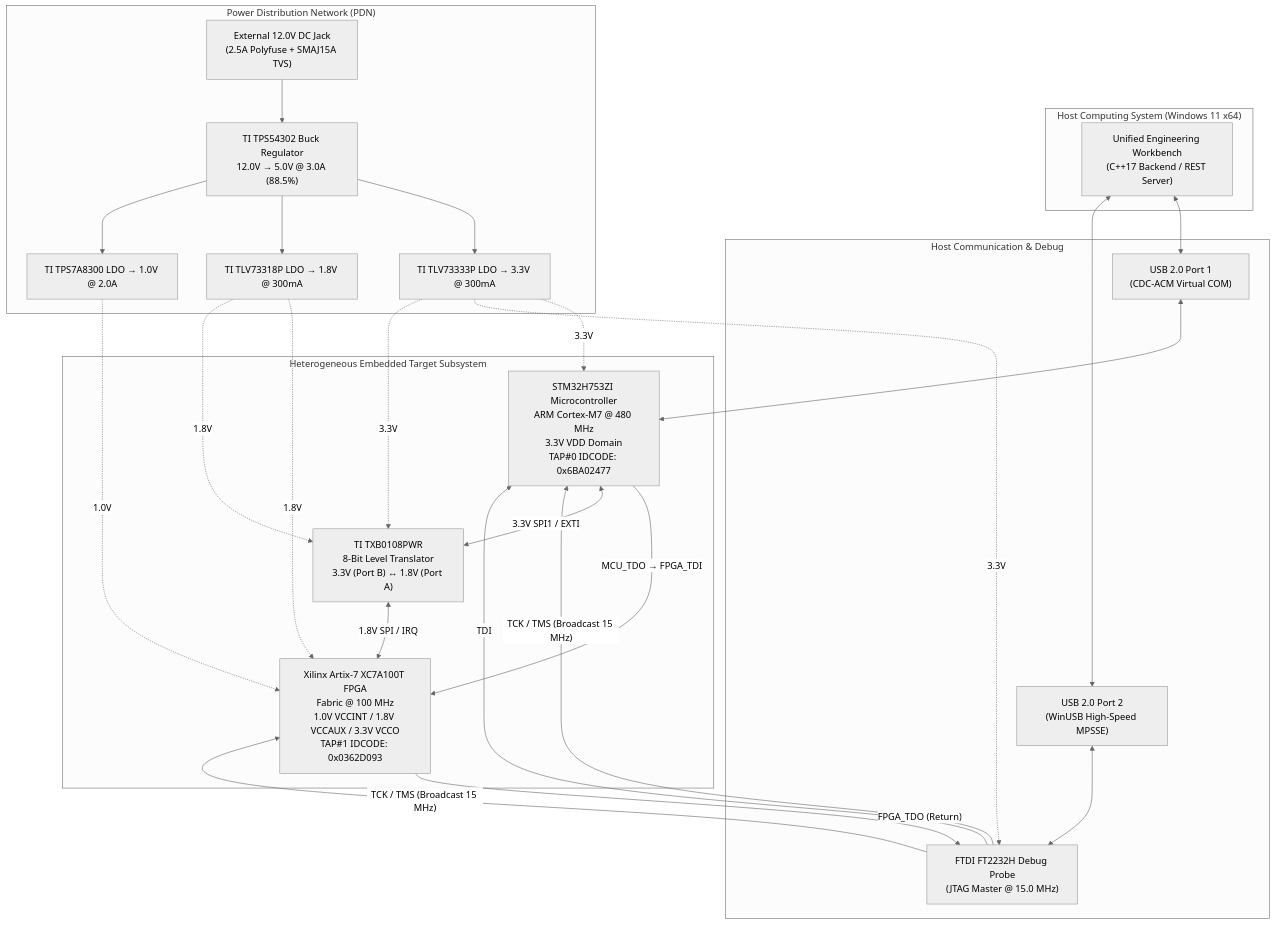
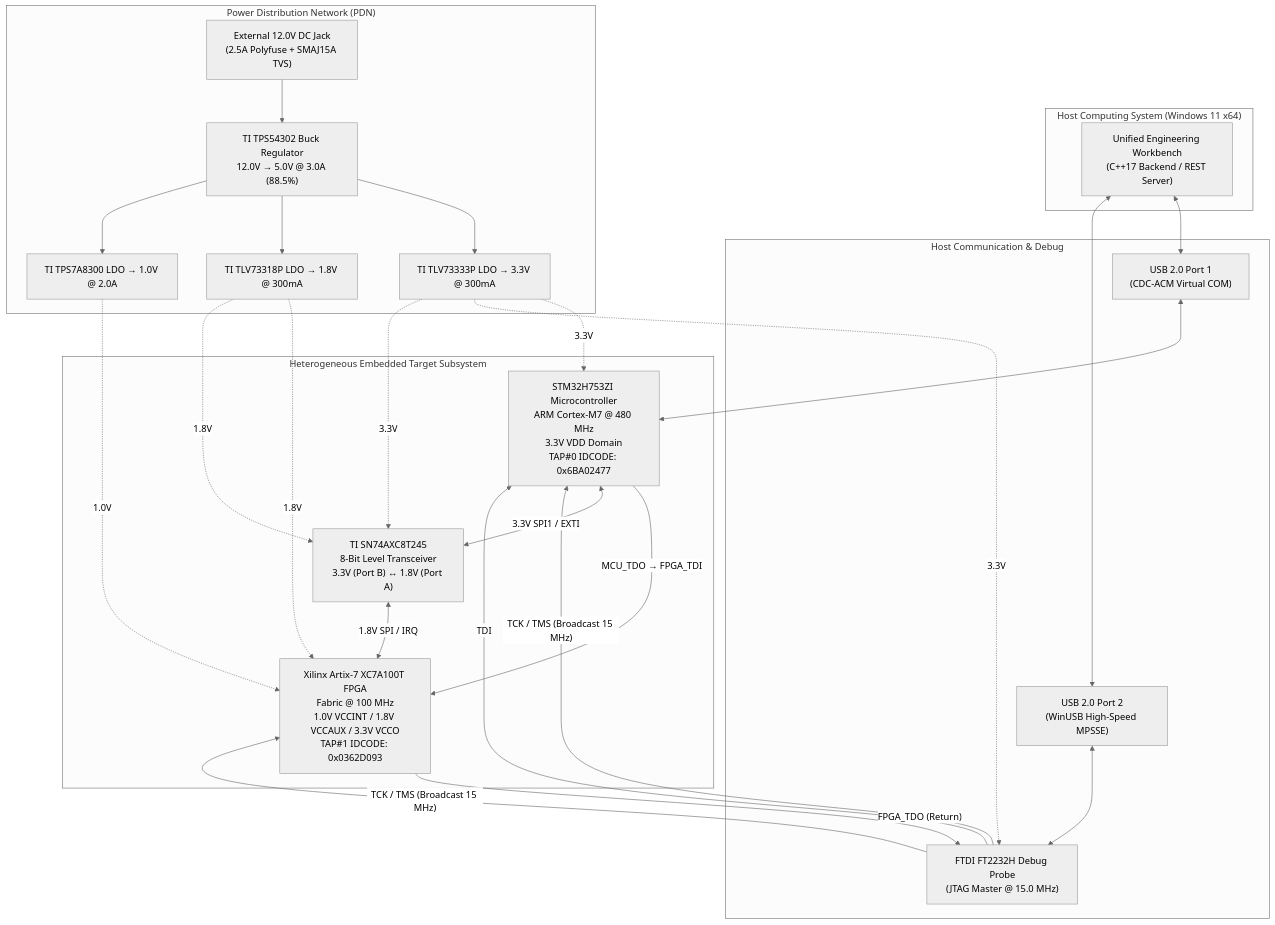
The diagram in docs/HARDWARE_INTEGRATION.md (Prajeen-2/Unified-Engineering-Workbench), drawn with Mermaid (neutral theme) before and after one commit. The commit also changed other lines of this file and 8 other files, not shown here.

Commit message:
fix(eval): add port fallback, PDF report (5 pages), level shifter justification, tested file limits

````diff
--- a/docs/HARDWARE_INTEGRATION.md
+++ b/docs/HARDWARE_INTEGRATION.md
@@ -15,54 +15,54 @@
 ```mermaid
 flowchart TD
     subgraph Host["Host Computing System (Windows 11 x64)"]
         UEW["Unified Engineering Workbench<br/>(C++17 Backend / REST Server)"]
     end
 
     subgraph Adapters["Host Communication & Debug"]
         USB1["USB 2.0 Port 1<br/>(CDC-ACM Virtual COM)"]
         USB2["USB 2.0 Port 2<br/>(WinUSB High-Speed MPSSE)"]
         JTAG["FTDI FT2232H Debug Probe<br/>(JTAG Master @ 15.0 MHz)"]
     end
 
     subgraph EmbeddedSubsystem["Heterogeneous Embedded Target Subsystem"]
         MCU["STM32H753ZI Microcontroller<br/>ARM Cortex-M7 @ 480 MHz<br/>3.3V VDD Domain<br/>TAP#0 IDCODE: 0x6BA02477"]
         
-        LS["TI TXB0108PWR<br/>8-Bit Level Translator<br/>3.3V (Port B) &harr; 1.8V (Port A)"]
+        LS["TI SN74AXC8T245<br/>8-Bit Level Transceiver<br/>3.3V (Port B) &harr; 1.8V (Port A)"]
         
         FPGA["Xilinx Artix-7 XC7A100T FPGA<br/>Fabric @ 100 MHz<br/>1.0V VCCINT / 1.8V VCCAUX / 3.3V VCCO<br/>TAP#1 IDCODE: 0x0362D093"]
     end
 
     subgraph Power["Power Distribution Network (PDN)"]
         DC["External 12.0V DC Jack<br/>(2.5A Polyfuse + SMAJ15A TVS)"]
         BUCK["TI TPS54302 Buck Regulator<br/>12.0V &rarr; 5.0V @ 3.0A (88.5%)"]
         LDO33["TI TLV73333P LDO &rarr; 3.3V @ 300mA"]
         LDO18["TI TLV73318P LDO &rarr; 1.8V @ 300mA"]
         LDO10["TI TPS7A8300 LDO &rarr; 1.0V @ 2.0A"]
     end
 
     UEW <--> USB1
     UEW <--> USB2
     USB1 <--> MCU
     USB2 <--> JTAG
 
     JTAG -- "TCK / TMS (Broadcast 15 MHz)" --> MCU
     JTAG -- "TCK / TMS (Broadcast 15 MHz)" --> FPGA
     JTAG -- "TDI" --> MCU
     MCU -- "MCU_TDO &rarr; FPGA_TDI" --> FPGA
     FPGA -- "FPGA_TDO (Return)" --> JTAG
 
     MCU <--> |"3.3V SPI1 / EXTI"| LS
     LS <--> |"1.8V SPI / IRQ"| FPGA
 
     DC --> BUCK
     BUCK --> LDO33
     BUCK --> LDO18
     BUCK --> LDO10
 
     LDO33 -. "3.3V" .-> MCU
     LDO33 -. "3.3V" .-> JTAG
     LDO33 -. "3.3V" .-> LS
     LDO18 -. "1.8V" .-> FPGA
     LDO18 -. "1.8V" .-> LS
     LDO10 -. "1.0V" .-> FPGA
 ```
````
